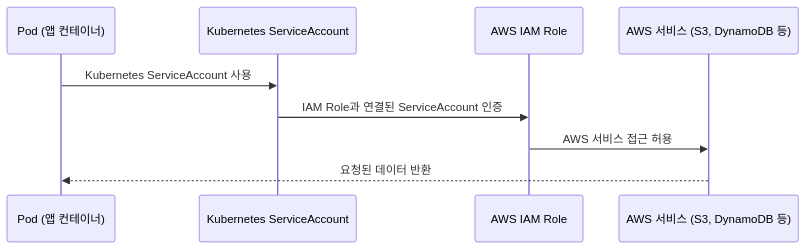
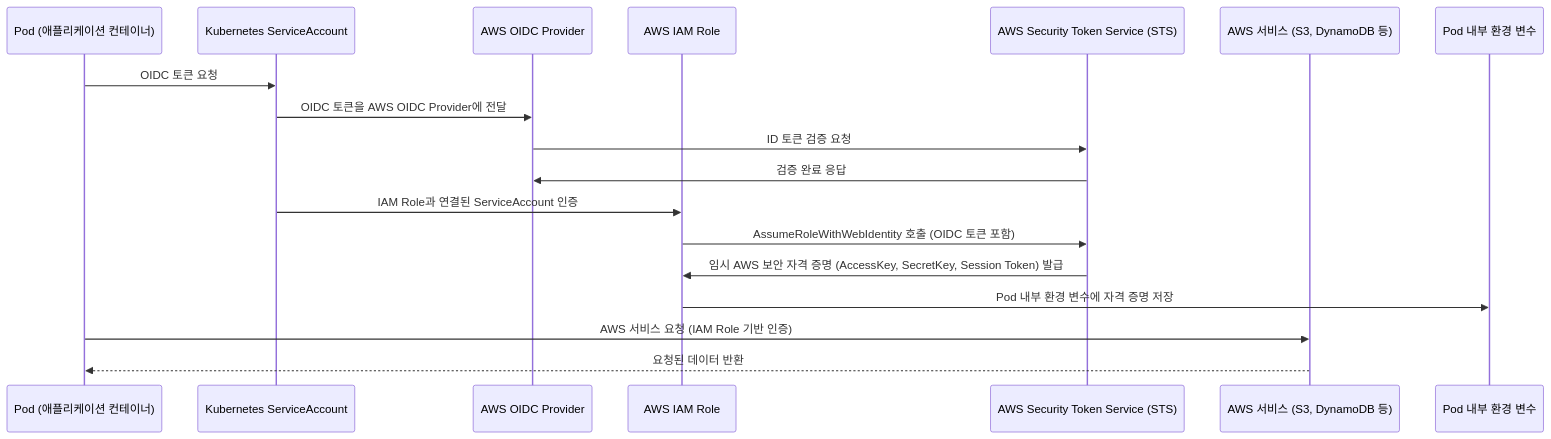
The third of 3 diagrams in docs/blog/posts/Cloud Infra/sso.md (dotoryeee/blog), drawn with Mermaid before and after one commit.

````diff
--- a/docs/blog/posts/Cloud Infra/sso.md
+++ b/docs/blog/posts/Cloud Infra/sso.md
@@ -97,12 +97,21 @@
-``` mermaid
+```mermaid
 sequenceDiagram
-    participant Pod as Pod (앱 컨테이너)
+    participant Pod as Pod (애플리케이션 컨테이너)
     participant ServiceAccount as Kubernetes ServiceAccount
+    participant AWS_OIDC as AWS OIDC Provider
     participant IAM as AWS IAM Role
+    participant STS as AWS Security Token Service (STS)
     participant AWS_Service as AWS 서비스 (S3, DynamoDB 등)
+    participant Pod_Env as Pod 내부 환경 변수
 
-    Pod->>ServiceAccount: Kubernetes ServiceAccount 사용
+    Pod->>ServiceAccount: OIDC 토큰 요청
+    ServiceAccount->>AWS_OIDC: OIDC 토큰을 AWS OIDC Provider에 전달
+    AWS_OIDC->>STS: ID 토큰 검증 요청
+    STS->>AWS_OIDC: 검증 완료 응답
     ServiceAccount->>IAM: IAM Role과 연결된 ServiceAccount 인증
-    IAM->>AWS_Service: AWS 서비스 접근 허용
+    IAM->>STS: AssumeRoleWithWebIdentity 호출 (OIDC 토큰 포함)
+    STS->>IAM: 임시 AWS 보안 자격 증명 (AccessKey, SecretKey, Session Token) 발급
+    IAM->>Pod_Env: Pod 내부 환경 변수에 자격 증명 저장
+    Pod->>AWS_Service: AWS 서비스 요청 (IAM Role 기반 인증)
     AWS_Service-->>Pod: 요청된 데이터 반환
 ```
````
